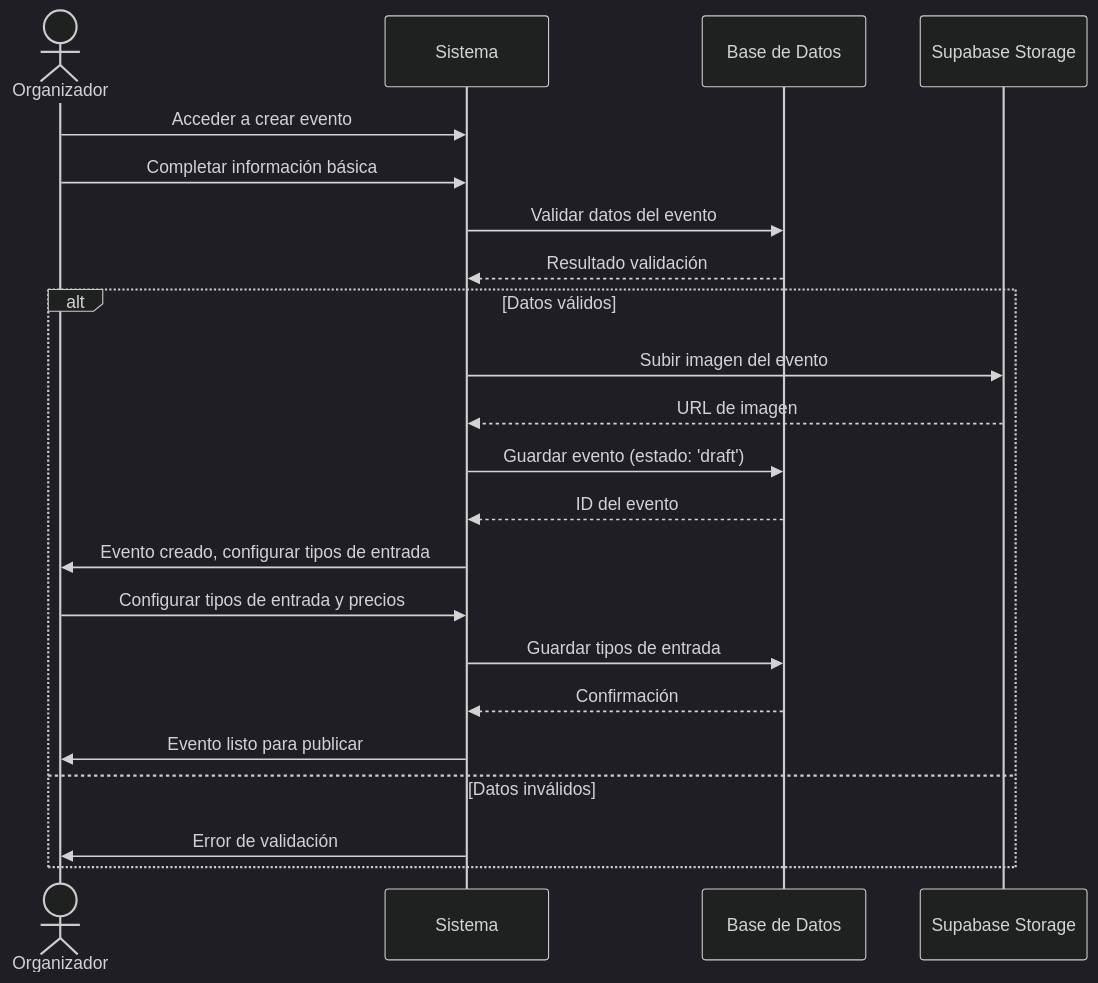
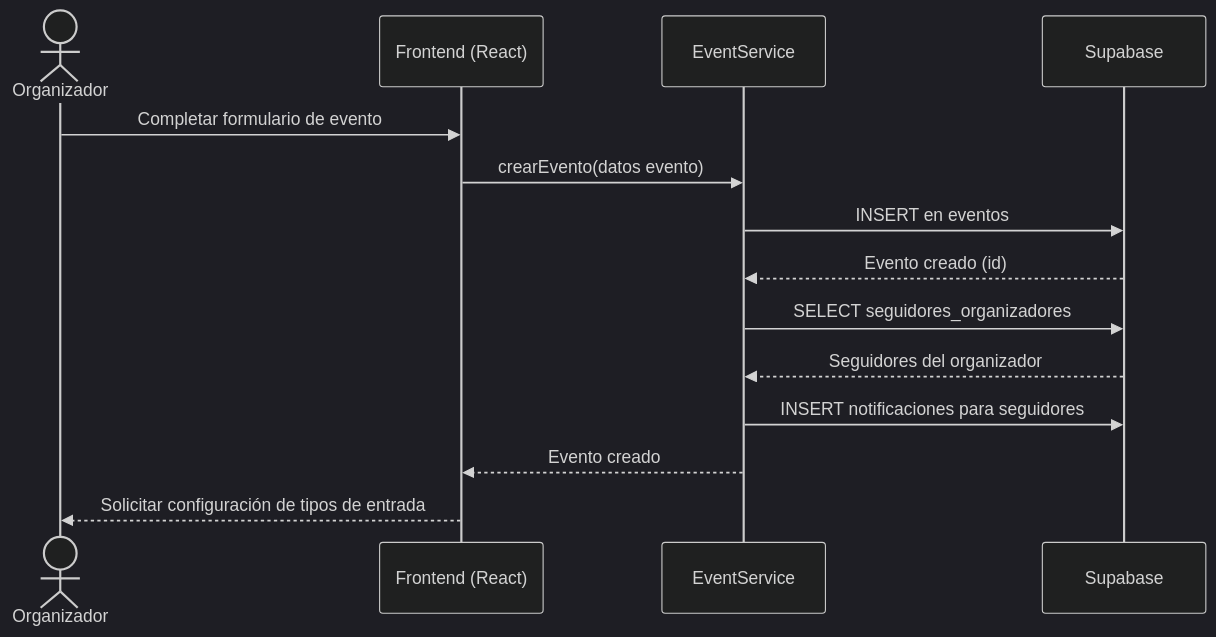
The ninth of 33 diagrams in Documentacion/Diagramas/Diagrama_Secuencias.md (Deibyd07/Gestion-de-Eventos), drawn with Mermaid (dark theme) before and after one commit. The commit also changed other lines of this file, not shown here.

Commit message:
Update sequence diagrams to reflect actual implementation

````diff
--- a/Documentacion/Diagramas/Diagrama_Secuencias.md
+++ b/Documentacion/Diagramas/Diagrama_Secuencias.md
@@ -187,25 +162,17 @@
 ```mermaid
 sequenceDiagram
     actor Organizador
-    participant Sistema
-    participant BD as Base de Datos
-    participant Storage as Supabase Storage
-    
-    Organizador->>Sistema: Acceder a crear evento
-    Organizador->>Sistema: Completar información básica
-    Sistema->>BD: Validar datos del evento
-    BD-->>Sistema: Resultado validación
-    alt Datos válidos
-        Sistema->>Storage: Subir imagen del evento
-        Storage-->>Sistema: URL de imagen
-        Sistema->>BD: Guardar evento (estado: 'draft')
-        BD-->>Sistema: ID del evento
-        Sistema->>Organizador: Evento creado, configurar tipos de entrada
-        Organizador->>Sistema: Configurar tipos de entrada y precios
-        Sistema->>BD: Guardar tipos de entrada
-        BD-->>Sistema: Confirmación
-        Sistema->>Organizador: Evento listo para publicar
-    else Datos inválidos
-        Sistema->>Organizador: Error de validación
-    end
+    participant App as Frontend (React)
+    participant EventSvc as EventService
+    participant BD as Supabase
+
+    Organizador->>App: Completar formulario de evento
+    App->>EventSvc: crearEvento(datos evento)
+    EventSvc->>BD: INSERT en eventos
+    BD-->>EventSvc: Evento creado (id)
+    EventSvc->>BD: SELECT seguidores_organizadores
+    BD-->>EventSvc: Seguidores del organizador
+    EventSvc->>BD: INSERT notificaciones para seguidores
+    EventSvc-->>App: Evento creado
+    App-->>Organizador: Solicitar configuración de tipos de entrada
 ```
````
